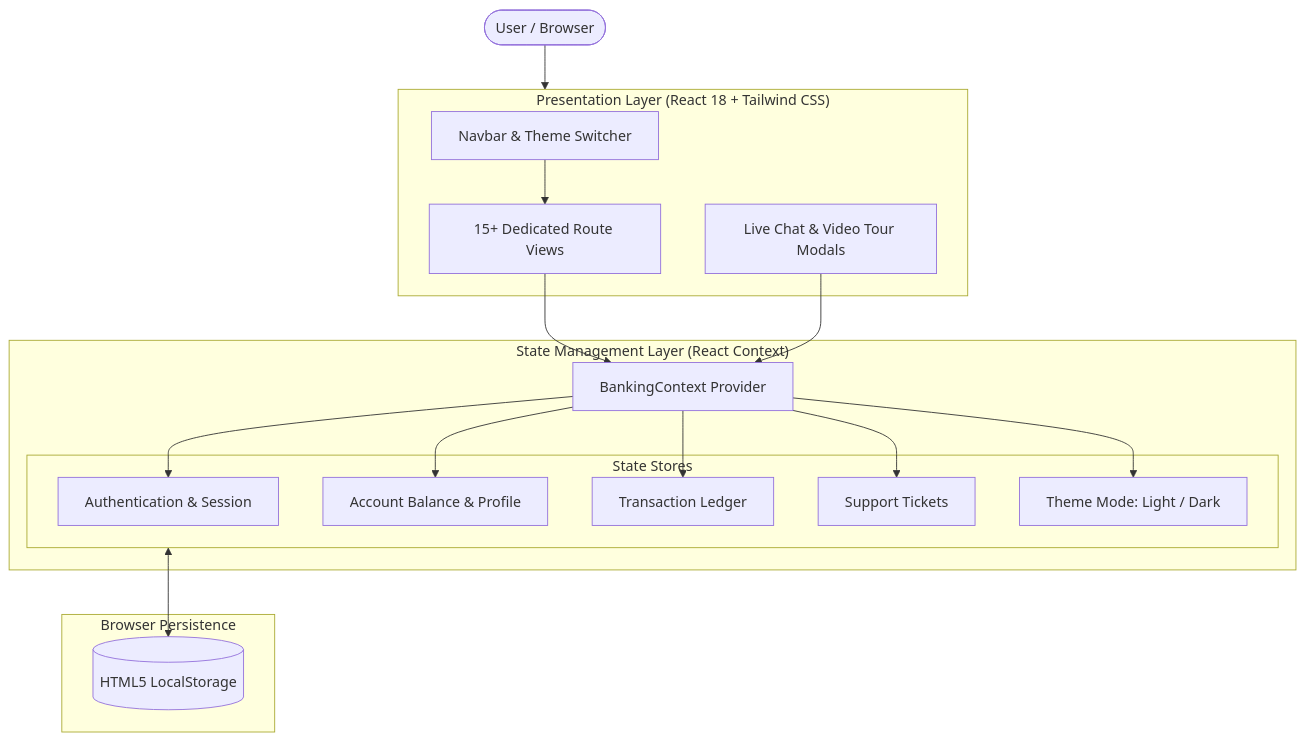
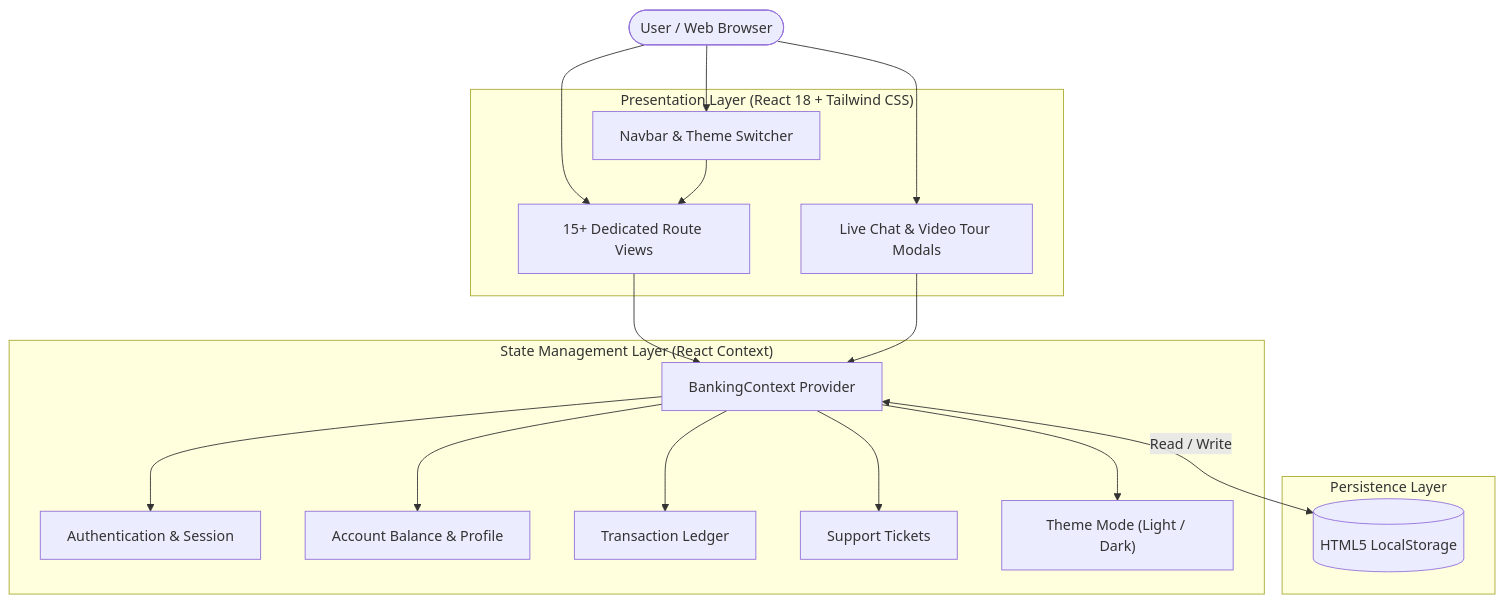
One commit to aryamantomar/BankingSystem changed the diagram in README.md. Above: the diagram before and after it, drawn with Mermaid. The commit also changed other lines of this file, not shown here.

Commit message:
fix(readme): optimize mermaid architecture diagram for GitHub renderer

````diff
--- a/README.md
+++ b/README.md
@@ -162,36 +172,39 @@
 ```mermaid
 flowchart TD
-    User([User / Browser])
+    User(["User / Web Browser"])
     
     subgraph UI_Layer ["Presentation Layer (React 18 + Tailwind CSS)"]
-        Nav[Navbar & Theme Switcher]
-        Pages[15+ Dedicated Route Views]
-        Modals[Live Chat & Video Tour Modals]
+        Nav["Navbar & Theme Switcher"]
+        Pages["15+ Dedicated Route Views"]
+        Modals["Live Chat & Video Tour Modals"]
     end
 
     subgraph State_Layer ["State Management Layer (React Context)"]
-        BC[BankingContext Provider]
-        subgraph State_Stores ["State Stores"]
-            Auth[Authentication & Session]
-            Account[Account Balance & Profile]
-            Tx[Transaction Ledger]
-            Tickets[Support Tickets]
-            Theme[Theme Mode: Light / Dark]
-        end
+        BC["BankingContext Provider"]
+        Auth["Authentication & Session"]
+        Account["Account Balance & Profile"]
+        Tx["Transaction Ledger"]
+        Tickets["Support Tickets"]
+        Theme["Theme Mode (Light / Dark)"]
     end
 
-    subgraph Persistence ["Browser Persistence"]
-        LS[(HTML5 LocalStorage)]
+    subgraph Storage_Layer ["Persistence Layer"]
+        LS[("HTML5 LocalStorage")]
     end
 
-    User --> UI_Layer
+    User --> Nav
+    User --> Pages
+    User --> Modals
+
     Nav --> Pages
     Pages --> BC
     Modals --> BC
+
     BC --> Auth
     BC --> Account
     BC --> Tx
     BC --> Tickets
     BC --> Theme
-    State_Stores <--> LS
+
+    BC <-->|Read / Write| LS
 ```
````
